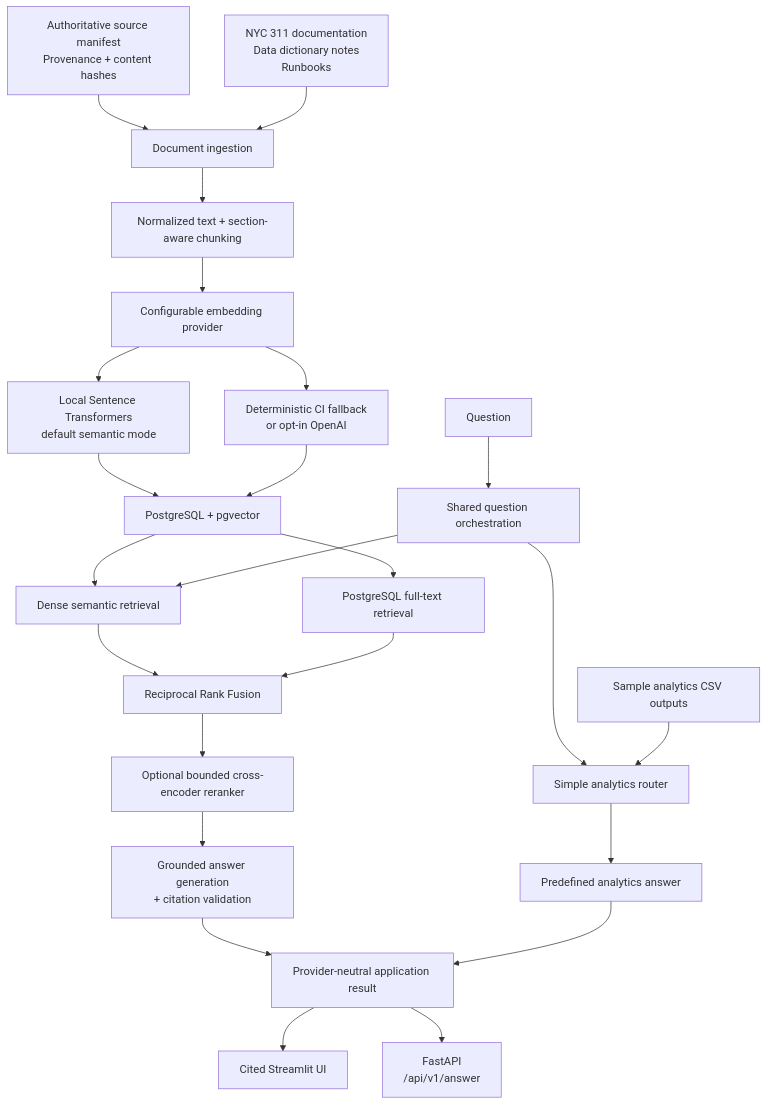
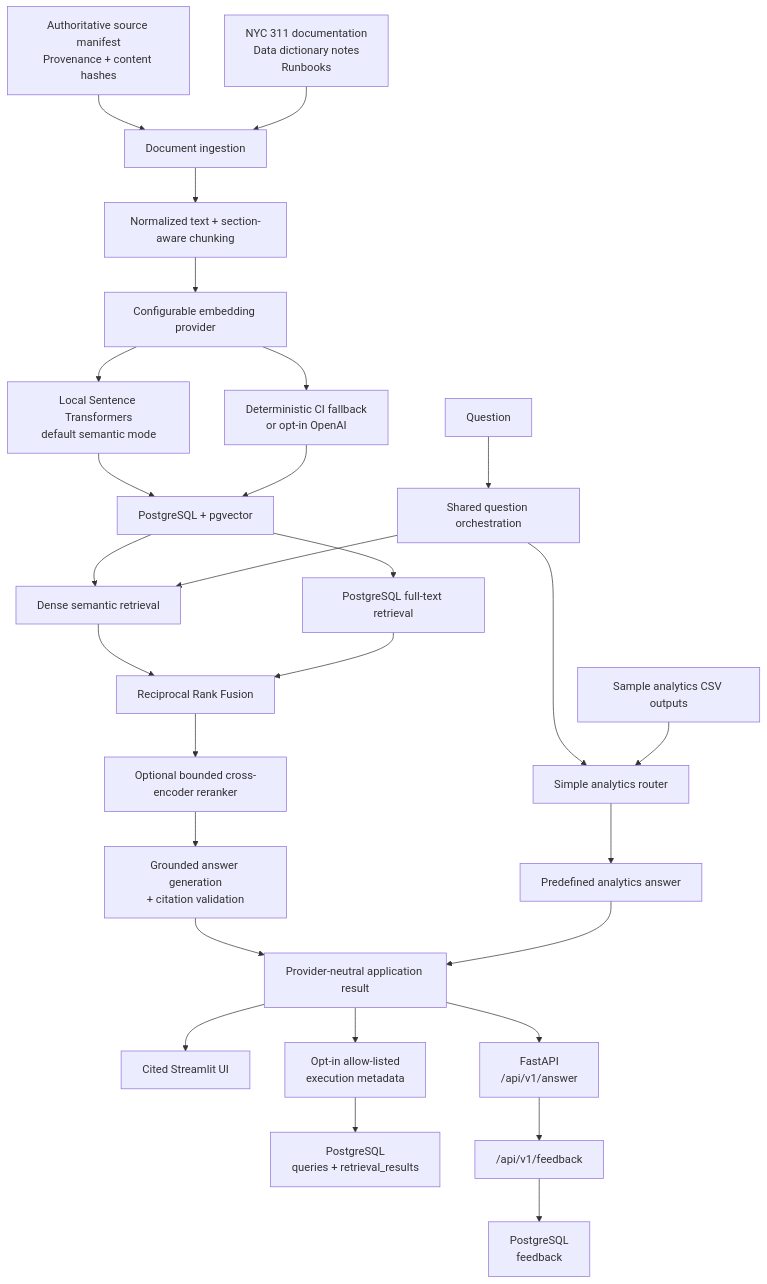
The diagram in docs/architecture.md (rihua-tech/civiclens-rag-nyc311), drawn with Mermaid before and after one commit. The commit also changed other lines of this file and 26 other files, not shown here.

````diff
--- a/docs/architecture.md
+++ b/docs/architecture.md
@@ -3,32 +3,36 @@
 ```mermaid
 flowchart TD
     question["Question"]
     docs["NYC 311 documentation<br/>Data dictionary notes<br/>Runbooks"]
     manifest["Authoritative source manifest<br/>Provenance + content hashes"]
     samples["Sample analytics CSV outputs"]
 
     manifest --> ingestion
     docs --> ingestion["Document ingestion"]
     ingestion --> chunking["Normalized text + section-aware chunking"]
     chunking --> provider["Configurable embedding provider"]
     provider --> semantic["Local Sentence Transformers<br/>default semantic mode"]
     provider --> fallback["Deterministic CI fallback<br/>or opt-in OpenAI"]
     semantic --> pgvector["PostgreSQL + pgvector"]
     fallback --> pgvector
     pgvector --> dense["Dense semantic retrieval"]
     pgvector --> lexical["PostgreSQL full-text retrieval"]
     dense --> rrf["Reciprocal Rank Fusion"]
     lexical --> rrf
     rrf --> reranker["Optional bounded cross-encoder reranker"]
     reranker --> answer["Grounded answer generation<br/>+ citation validation"]
 
     question --> orchestrator["Shared question orchestration"]
     orchestrator --> dense
     orchestrator --> router["Simple analytics router"]
     samples --> router
     router --> analyticsAnswer["Predefined analytics answer"]
     answer --> result["Provider-neutral application result"]
     analyticsAnswer --> result
     result --> ui["Cited Streamlit UI"]
     result --> api["FastAPI<br/>/api/v1/answer"]
+    result --> observation["Opt-in allow-listed<br/>execution metadata"]
+    observation --> postgresLogs["PostgreSQL<br/>queries + retrieval_results"]
+    api --> feedback["/api/v1/feedback"]
+    feedback --> postgresFeedback["PostgreSQL<br/>feedback"]
 ```
````
